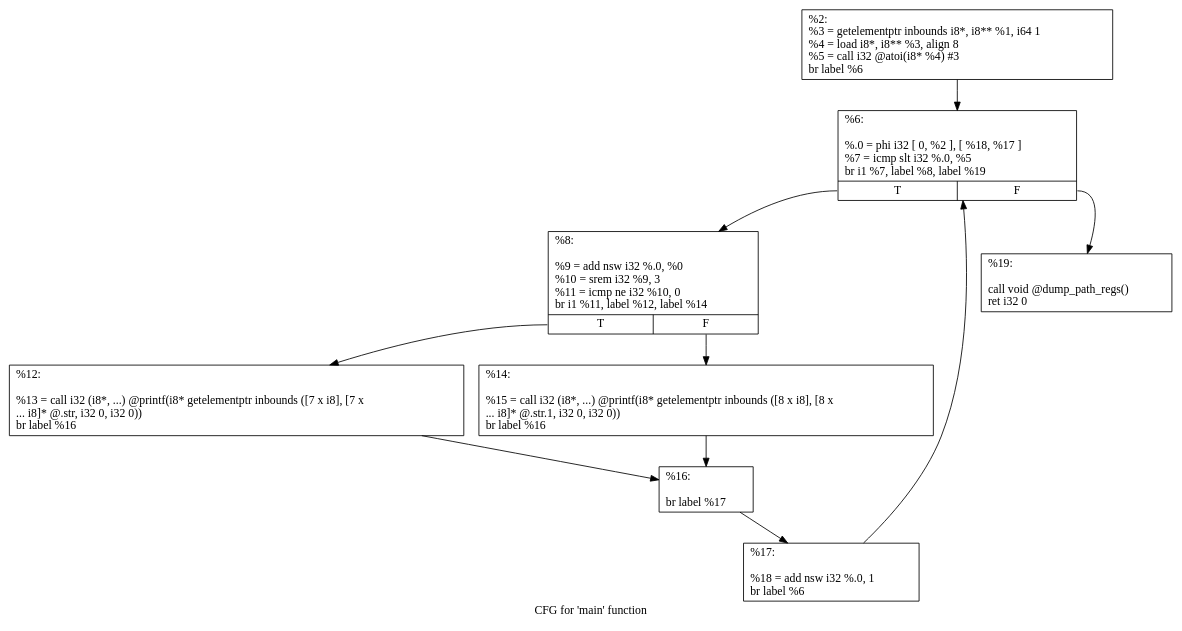
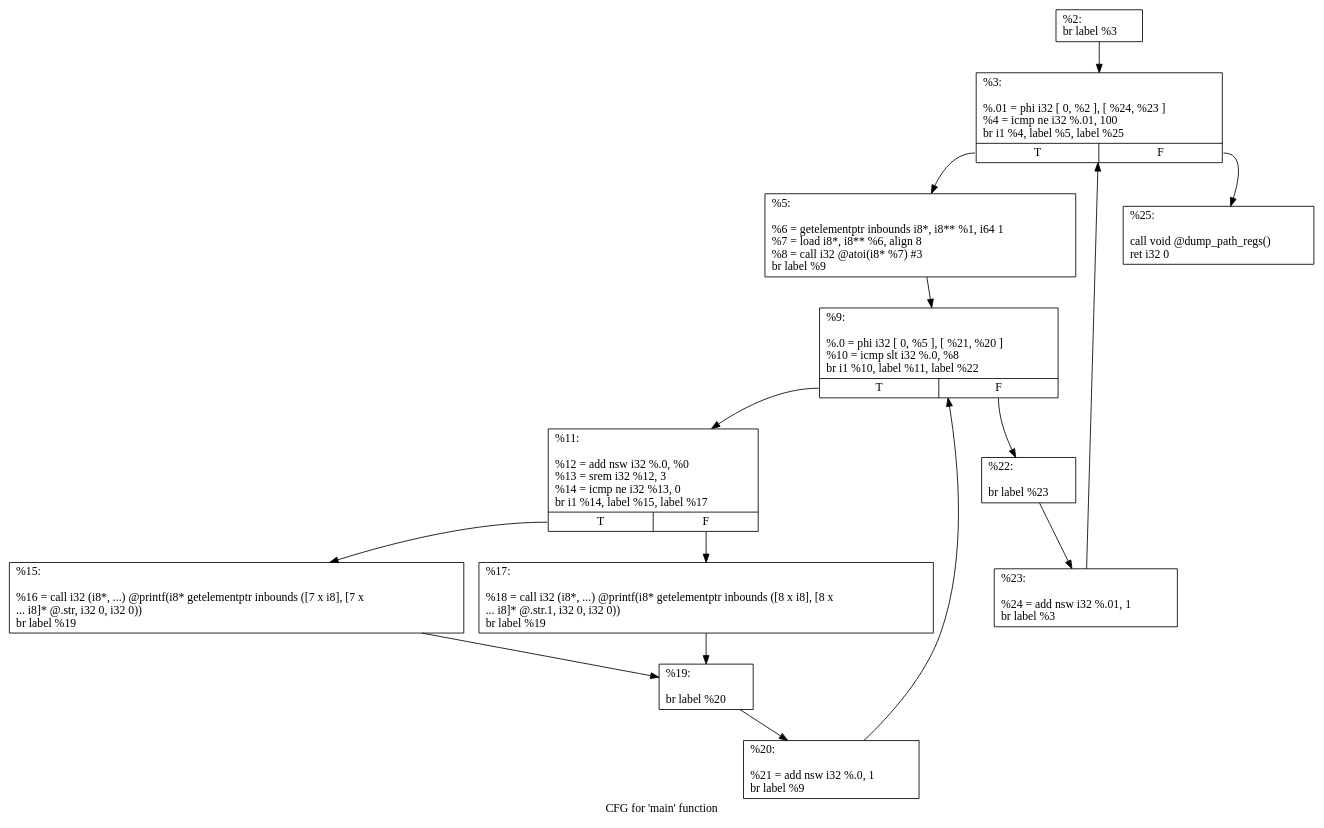
One commit to aytung94/EE382V_CGO changed the diagram in programs/pa2/prog2/cfg.main.dot. Above: the diagram before and after it, drawn with Graphviz. The commit also changed 20 other files, not shown here.

```diff
--- a/programs/pa2/prog2/cfg.main.dot
+++ b/programs/pa2/prog2/cfg.main.dot
@@ -1,21 +1,30 @@
 digraph "CFG for 'main' function" {
 	label="CFG for 'main' function";
 
-	Node0x2f42c10 [shape=record,label="{%2:\l  %3 = getelementptr inbounds i8*, i8** %1, i64 1\l  %4 = load i8*, i8** %3, align 8\l  %5 = call i32 @atoi(i8* %4) #3\l  br label %6\l}"];
-	Node0x2f42c10 -> Node0x2f42c60;
-	Node0x2f42c60 [shape=record,label="{%6:\l\l  %.0 = phi i32 [ 0, %2 ], [ %18, %17 ]\l  %7 = icmp slt i32 %.0, %5\l  br i1 %7, label %8, label %19\l|{<s0>T|<s1>F}}"];
-	Node0x2f42c60:s0 -> Node0x2f44e30;
-	Node0x2f42c60:s1 -> Node0x2f44fc0;
-	Node0x2f44e30 [shape=record,label="{%8:\l\l  %9 = add nsw i32 %.0, %0\l  %10 = srem i32 %9, 3\l  %11 = icmp ne i32 %10, 0\l  br i1 %11, label %12, label %14\l|{<s0>T|<s1>F}}"];
-	Node0x2f44e30:s0 -> Node0x2f44e80;
-	Node0x2f44e30:s1 -> Node0x2f44ed0;
-	Node0x2f44e80 [shape=record,label="{%12:\l\l  %13 = call i32 (i8*, ...) @printf(i8* getelementptr inbounds ([7 x i8], [7 x\l... i8]* @.str, i32 0, i32 0))\l  br label %16\l}"];
-	Node0x2f44e80 -> Node0x2f44f20;
-	Node0x2f44ed0 [shape=record,label="{%14:\l\l  %15 = call i32 (i8*, ...) @printf(i8* getelementptr inbounds ([8 x i8], [8 x\l... i8]* @.str.1, i32 0, i32 0))\l  br label %16\l}"];
-	Node0x2f44ed0 -> Node0x2f44f20;
-	Node0x2f44f20 [shape=record,label="{%16:\l\l  br label %17\l}"];
-	Node0x2f44f20 -> Node0x2f44f70;
-	Node0x2f44f70 [shape=record,label="{%17:\l\l  %18 = add nsw i32 %.0, 1\l  br label %6\l}"];
-	Node0x2f44f70 -> Node0x2f42c60;
-	Node0x2f44fc0 [shape=record,label="{%19:\l\l  call void @dump_path_regs()\l  ret i32 0\l}"];
+	Node0x3d5d680 [shape=record,label="{%2:\l  br label %3\l}"];
+	Node0x3d5d680 -> Node0x3d5cca0;
+	Node0x3d5cca0 [shape=record,label="{%3:\l\l  %.01 = phi i32 [ 0, %2 ], [ %24, %23 ]\l  %4 = icmp ne i32 %.01, 100\l  br i1 %4, label %5, label %25\l|{<s0>T|<s1>F}}"];
+	Node0x3d5cca0:s0 -> Node0x3d5ee50;
+	Node0x3d5cca0:s1 -> Node0x3d5f120;
+	Node0x3d5ee50 [shape=record,label="{%5:\l\l  %6 = getelementptr inbounds i8*, i8** %1, i64 1\l  %7 = load i8*, i8** %6, align 8\l  %8 = call i32 @atoi(i8* %7) #3\l  br label %9\l}"];
+	Node0x3d5ee50 -> Node0x3d5eea0;
+	Node0x3d5eea0 [shape=record,label="{%9:\l\l  %.0 = phi i32 [ 0, %5 ], [ %21, %20 ]\l  %10 = icmp slt i32 %.0, %8\l  br i1 %10, label %11, label %22\l|{<s0>T|<s1>F}}"];
+	Node0x3d5eea0:s0 -> Node0x3d5eef0;
+	Node0x3d5eea0:s1 -> Node0x3d5f080;
+	Node0x3d5eef0 [shape=record,label="{%11:\l\l  %12 = add nsw i32 %.0, %0\l  %13 = srem i32 %12, 3\l  %14 = icmp ne i32 %13, 0\l  br i1 %14, label %15, label %17\l|{<s0>T|<s1>F}}"];
+	Node0x3d5eef0:s0 -> Node0x3d5ef40;
+	Node0x3d5eef0:s1 -> Node0x3d5ef90;
+	Node0x3d5ef40 [shape=record,label="{%15:\l\l  %16 = call i32 (i8*, ...) @printf(i8* getelementptr inbounds ([7 x i8], [7 x\l... i8]* @.str, i32 0, i32 0))\l  br label %19\l}"];
+	Node0x3d5ef40 -> Node0x3d5efe0;
+	Node0x3d5ef90 [shape=record,label="{%17:\l\l  %18 = call i32 (i8*, ...) @printf(i8* getelementptr inbounds ([8 x i8], [8 x\l... i8]* @.str.1, i32 0, i32 0))\l  br label %19\l}"];
+	Node0x3d5ef90 -> Node0x3d5efe0;
+	Node0x3d5efe0 [shape=record,label="{%19:\l\l  br label %20\l}"];
+	Node0x3d5efe0 -> Node0x3d5f030;
+	Node0x3d5f030 [shape=record,label="{%20:\l\l  %21 = add nsw i32 %.0, 1\l  br label %9\l}"];
+	Node0x3d5f030 -> Node0x3d5eea0;
+	Node0x3d5f080 [shape=record,label="{%22:\l\l  br label %23\l}"];
+	Node0x3d5f080 -> Node0x3d5f0d0;
+	Node0x3d5f0d0 [shape=record,label="{%23:\l\l  %24 = add nsw i32 %.01, 1\l  br label %3\l}"];
+	Node0x3d5f0d0 -> Node0x3d5cca0;
+	Node0x3d5f120 [shape=record,label="{%25:\l\l  call void @dump_path_regs()\l  ret i32 0\l}"];
 }
```
